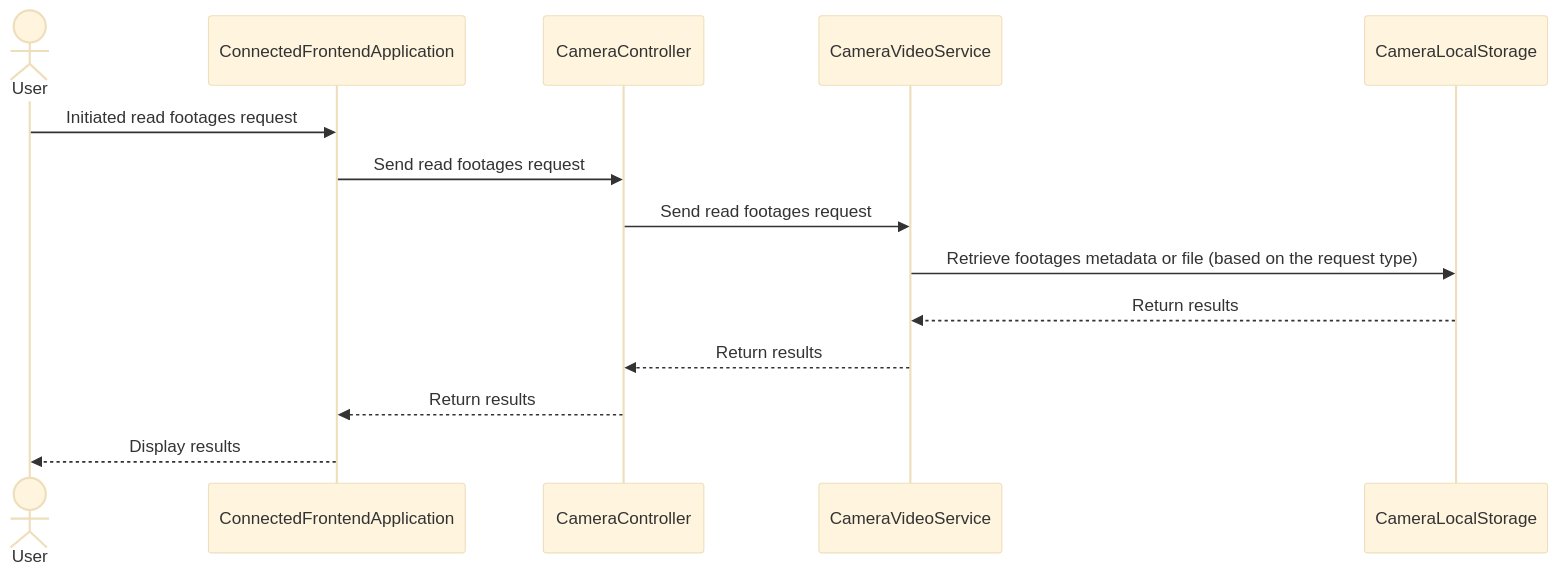
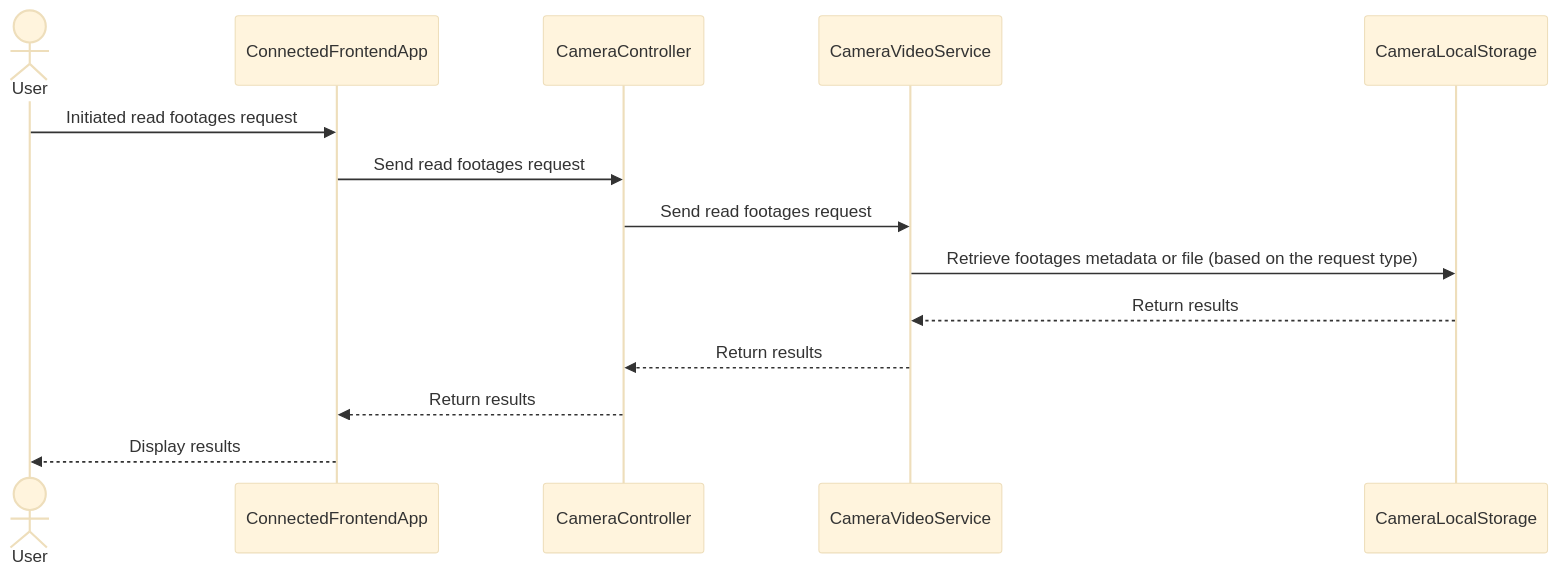
One commit to katocado/architectural-kata-fall-2023 changed the second of 9 diagrams in sequence_diagrams.md. Above: the diagram before and after it, drawn with Mermaid (base theme). The commit also changed other lines of this file, not shown here.

Commit message:
update sequence diagrams

````diff
--- a/sequence_diagrams.md
+++ b/sequence_diagrams.md
@@ -61,25 +86,25 @@
 ```mermaid
 sequenceDiagram
 
     actor User
-    participant ConnectedFrontendApplication
+    participant ConnectedFrontendApp
     participant CameraController
     participant CameraVideoService
     participant CameraLocalStorage
 
-    User->>ConnectedFrontendApplication: Initiated read footages request
+    User->>ConnectedFrontendApp: Initiated read footages request
 
-    ConnectedFrontendApplication->>CameraController: Send read footages request
+    ConnectedFrontendApp->>CameraController: Send read footages request
 
     CameraController->>CameraVideoService: Send read footages request
 
     CameraVideoService->>CameraLocalStorage: Retrieve footages metadata or file (based on the request type)
     CameraLocalStorage-->>CameraVideoService: Return results
 
     CameraVideoService-->>CameraController: Return results
 
-    CameraController-->>ConnectedFrontendApplication: Return results
+    CameraController-->>ConnectedFrontendApp: Return results
 
-    ConnectedFrontendApplication-->>User: Display results
+    ConnectedFrontendApp-->>User: Display results
 
 ```
````
